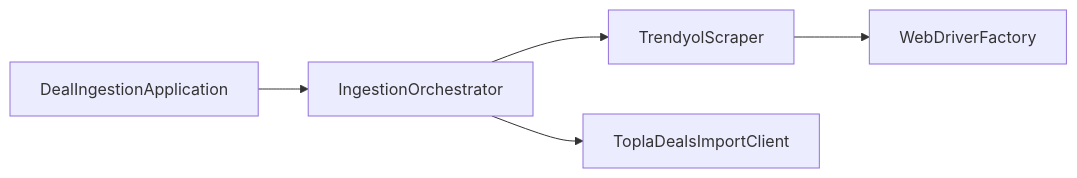
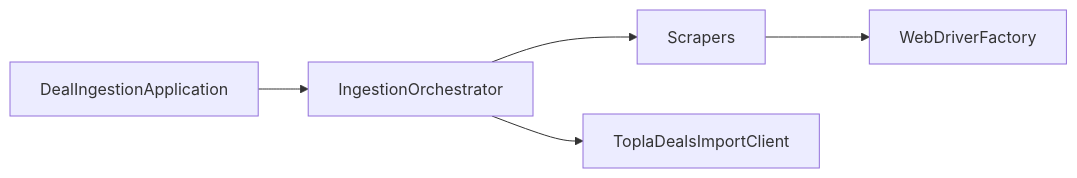
The diagram in README.md (oguzhanTech/topla-automation), drawn with Mermaid before and after one commit. The commit also changed other lines of this file and 14 other files, not shown here.

````diff
--- a/README.md
+++ b/README.md
@@ -18,12 +18,12 @@
 ```mermaid
 flowchart LR
   Main[DealIngestionApplication]
   Orch[IngestionOrchestrator]
-  Scraper[TrendyolScraper]
+  Scraper[Scrapers]
   WDF[WebDriverFactory]
   API[ToplaDealsImportClient]
   Main --> Orch
   Orch --> Scraper
   Scraper --> WDF
   Orch --> API
 ```
````
